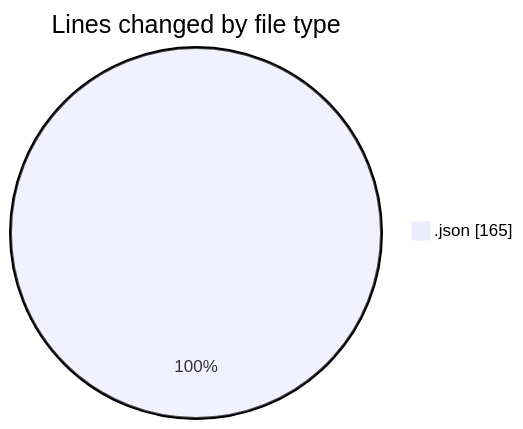
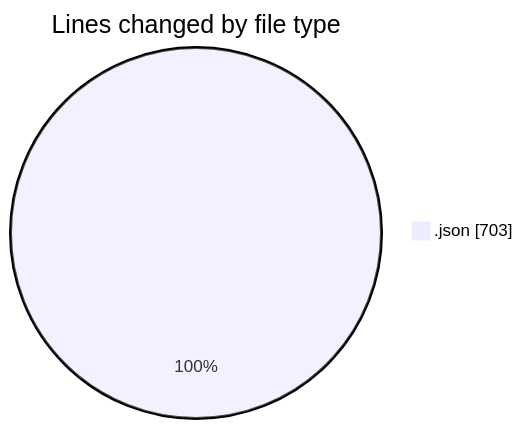
The first of 2 diagrams in 2025-08-05/_claude/README.md (EIIisD/code-tracking), drawn with Mermaid before and after one commit. The commit also changed other lines of this file and 1 other file, not shown here.

````diff
--- a/2025-08-05/_claude/README.md
+++ b/2025-08-05/_claude/README.md
@@ -20,5 +21,5 @@
 ```mermaid
 pie showData
 title Lines changed by file type
-".json" : 165
+".json" : 703
 ```
````
